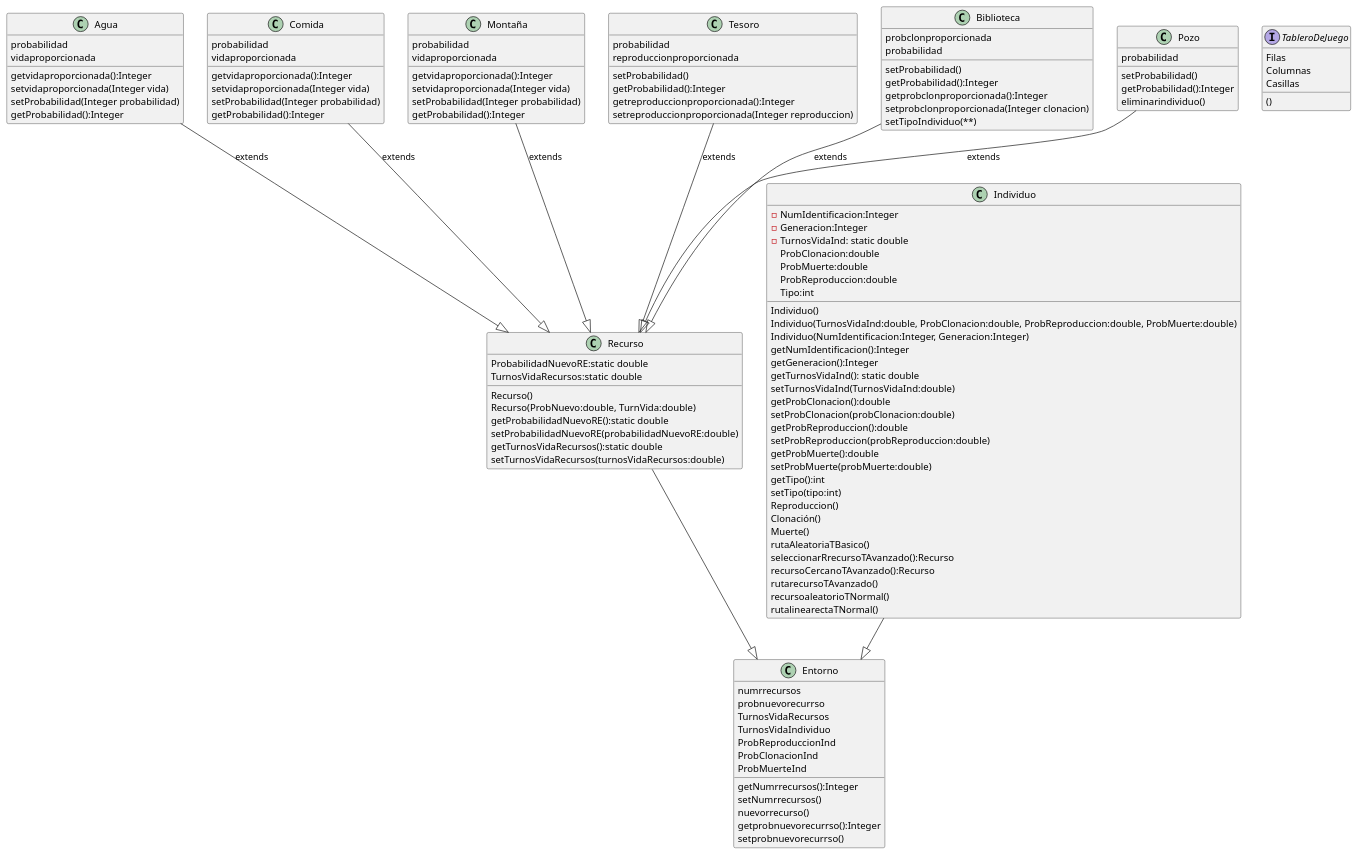
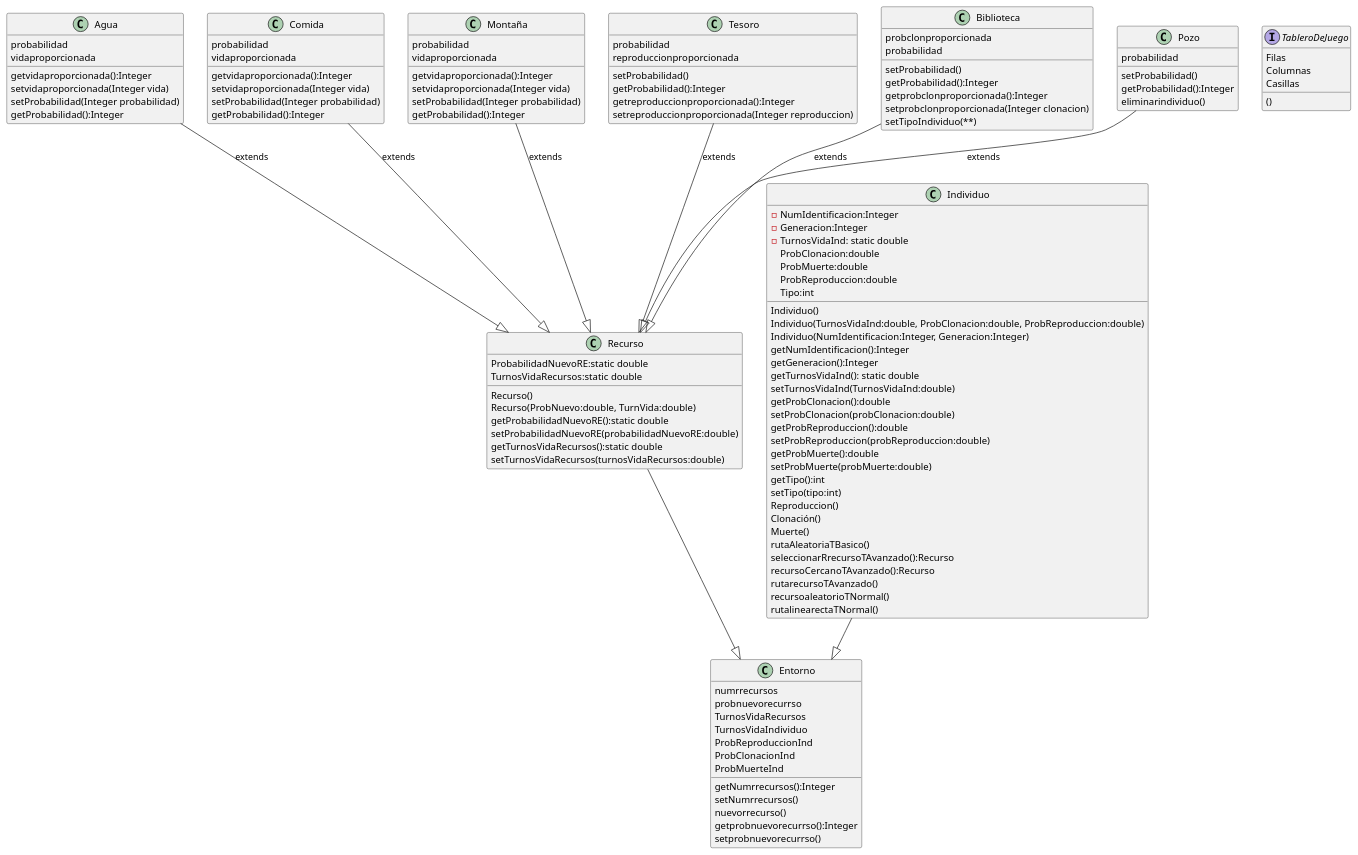
Before and after one commit to martavalientemaldonado/JuegoVida: the diagram in src/UML trabajo.puml, drawn with PlantUML. The commit also changed 5 other files, not shown here.

```diff
--- a/src/UML trabajo.puml
+++ b/src/UML trabajo.puml
@@ -1,127 +1,127 @@
 @startuml
 'https://plantuml.com/class-diagram
 
 Agua --|> Recurso:extends
 Comida --|> Recurso:extends
 Montaña --|> Recurso:extends
 Tesoro --|> Recurso:extends
 Biblioteca --|> Recurso:extends
 Pozo --|> Recurso:extends
 Individuo --|> Entorno
 Recurso --|> Entorno
 
 class Individuo{
 -NumIdentificacion:Integer
 -Generacion:Integer
 -TurnosVidaInd: static double
 ProbClonacion:double
 ProbMuerte:double
 ProbReproduccion:double
 Tipo:int
 Individuo()
-Individuo(TurnosVidaInd:double, ProbClonacion:double, ProbReproduccion:double, ProbMuerte:double)
+Individuo(TurnosVidaInd:double, ProbClonacion:double, ProbReproduccion:double)
 Individuo(NumIdentificacion:Integer, Generacion:Integer)
 getNumIdentificacion():Integer
 getGeneracion():Integer
 getTurnosVidaInd(): static double
 setTurnosVidaInd(TurnosVidaInd:double)
 getProbClonacion():double
 setProbClonacion(probClonacion:double)
 getProbReproduccion():double
 setProbReproduccion(probReproduccion:double)
 getProbMuerte():double
 setProbMuerte(probMuerte:double)
 getTipo():int
 setTipo(tipo:int)
 Reproduccion()
 Clonación()
 Muerte()
 rutaAleatoriaTBasico()
 seleccionarRrecursoTAvanzado():Recurso
 recursoCercanoTAvanzado():Recurso
 rutarecursoTAvanzado()
 recursoaleatorioTNormal()
 rutalinearectaTNormal()
 }
 
 
 interface TableroDeJuego {
 Filas
 Columnas
 Casillas
 ()
 }
 class Entorno{
 numrrecursos
 probnuevorecurrso
 TurnosVidaRecursos
 TurnosVidaIndividuo
 ProbReproduccionInd
 ProbClonacionInd
 ProbMuerteInd
 getNumrrecursos():Integer
 setNumrrecursos()
 nuevorrecurso()
 getprobnuevorecurrso():Integer
 setprobnuevorecurrso()
 }
 class Recurso{
 ProbabilidadNuevoRE:static double
 TurnosVidaRecursos:static double
 Recurso()
 Recurso(ProbNuevo:double, TurnVida:double)
 getProbabilidadNuevoRE():static double
 setProbabilidadNuevoRE(probabilidadNuevoRE:double)
 getTurnosVidaRecursos():static double
 setTurnosVidaRecursos(turnosVidaRecursos:double)
 }
 
 
 class Agua {
 probabilidad
 vidaproporcionada
 getvidaproporcionada():Integer
 setvidaproporcionada(Integer vida)
 setProbabilidad(Integer probabilidad)
 getProbabilidad():Integer
 }
 class Comida {
 probabilidad
 vidaproporcionada
 getvidaproporcionada():Integer
 setvidaproporcionada(Integer vida)
 setProbabilidad(Integer probabilidad)
 getProbabilidad():Integer
 }
 class Montaña {
 probabilidad
 vidaproporcionada
 getvidaproporcionada():Integer
 setvidaproporcionada(Integer vida)
 setProbabilidad(Integer probabilidad)
 getProbabilidad():Integer
 }
 class Tesoro {
 probabilidad
 reproduccionproporcionada
 setProbabilidad()
 getProbabilidad():Integer
 getreproduccionproporcionada():Integer
 setreproduccionproporcionada(Integer reproduccion)
 }
 class Biblioteca {
 probclonproporcionada
 probabilidad
 setProbabilidad()
 getProbabilidad():Integer
 getprobclonproporcionada():Integer
 setprobclonproporcionada(Integer clonacion)
 setTipoIndividuo(**)
 }
 class Pozo {
 probabilidad
 setProbabilidad()
 getProbabilidad():Integer
 eliminarindividuo()
 }
 @enduml
```
